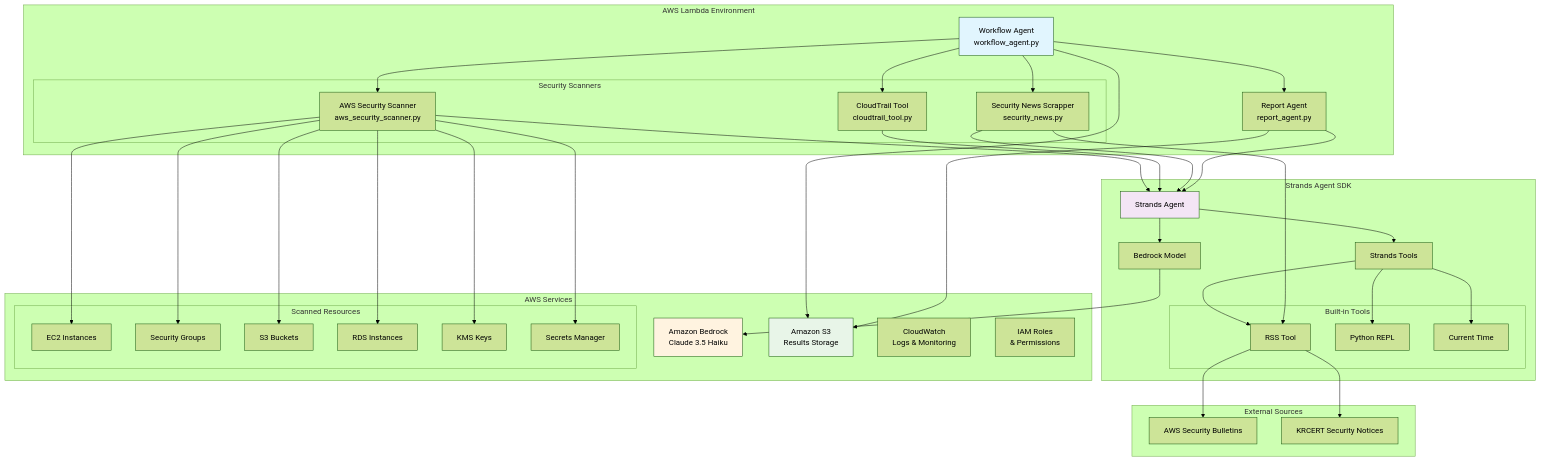
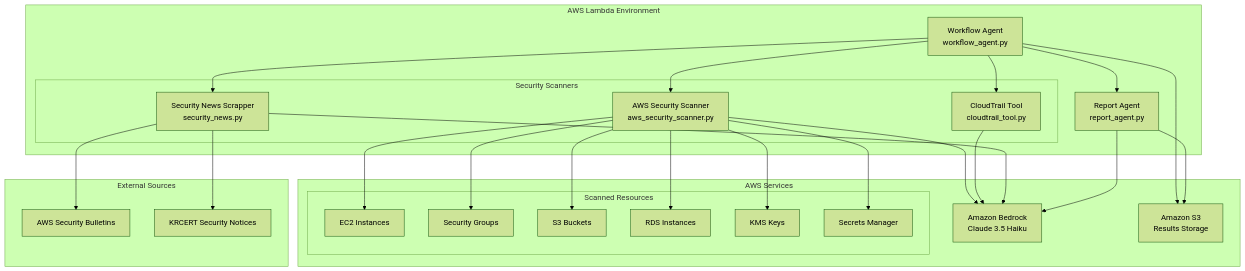
Before and after one commit to aws-samples/aws-kr-startup-samples: the diagram in gen-ai/strands-agents-sdk-security-analyzer/README.md, drawn with Mermaid (forest theme). The commit also changed other lines of this file and 6 other files, not shown here.

Commit message:
Fix Strands Agent SDK

````diff
--- a/gen-ai/strands-agents-sdk-security-analyzer/README.md
+++ b/gen-ai/strands-agents-sdk-security-analyzer/README.md
@@ -18,23 +18,9 @@
         RA[Report Agent<br/>report_agent.py]
     end
     
-    subgraph "Strands Agent SDK"
-        SA[Strands Agent]
-        BM[Bedrock Model]
-        ST[Strands Tools]
-        
-        subgraph "Built-in Tools"
-            RSS[RSS Tool]
-            PR[Python REPL]
-            CT_TOOL[Current Time]
-        end
-    end
-    
     subgraph "AWS Services"
         BR[Amazon Bedrock<br/>Claude 3.5 Haiku]
         S3[Amazon S3<br/>Results Storage]
-        CW[CloudWatch<br/>Logs & Monitoring]
-        IAM[IAM Roles<br/>& Permissions]
         
         subgraph "Scanned Resources"
             EC2[EC2 Instances]
@@ -56,18 +42,10 @@
     WF --> SN
     WF --> RA
     
-    AS --> SA
-    CT --> SA
-    SN --> SA
-    RA --> SA
-    
-    SA --> BM
-    SA --> ST
-    ST --> RSS
-    ST --> PR
-    ST --> CT_TOOL
-    
-    BM --> BR
+    AS --> BR
+    CT --> BR
+    SN --> BR
+    RA --> BR
     
     AS --> EC2
     AS --> SG
@@ -76,15 +54,9 @@
     AS --> KMS
     AS --> SM
     
-    SN --> RSS
-    RSS --> AWS_RSS
-    RSS --> KRCERT
+    SN --> AWS_RSS
+    SN --> KRCERT
     
     WF --> S3
     RA --> S3
-    
-    style WF fill:#e1f5fe
-    style SA fill:#f3e5f5
-    style BR fill:#fff3e0
-    style S3 fill:#e8f5e8
 ```
````
